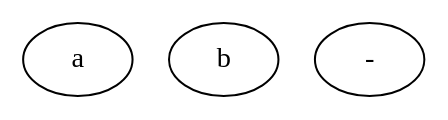
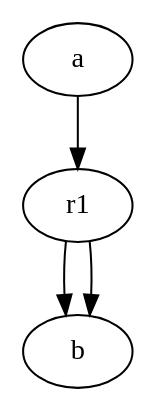
One commit to BhallaLab/moose-chemical changed the diagram in _models/simple.dot. Above: the diagram before and after it, drawn with Graphviz. The commit also changed 2 other files, not shown here.

Commit message:
Shell script plots the generated graphviz file.

```diff
--- a/_models/simple.dot
+++ b/_models/simple.dot
@@ -1,7 +1,14 @@
 digraph simple {
 
+    graph[volume=1.0];
+
+    // Here are the pools.
     a [ conc_init = 1 ];
     b [ conc_init = 0 ];
 
-    a <-> b [ kf = 2.0, kb = 1.0 ];
+    // here are the reactions.
+    r1 [ kf = 2.0, kb = 1.0 ];
+
+    a -> r1 -> b, b;
+
 }
```
